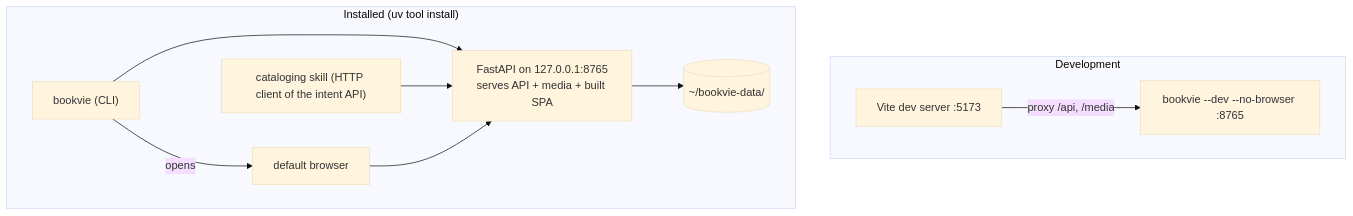
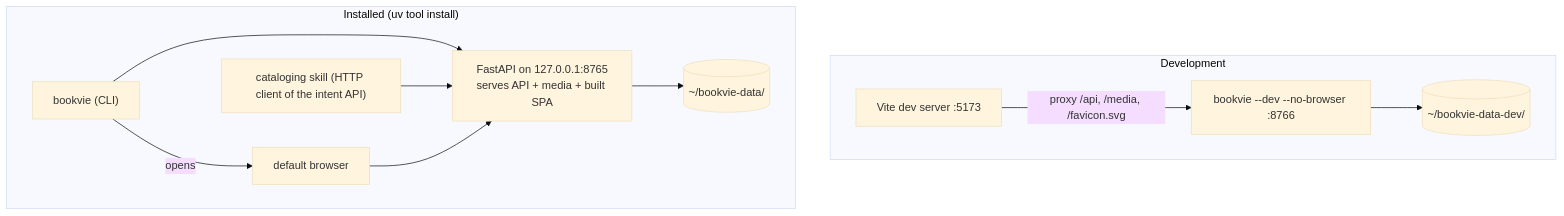
Before and after one commit to olegood/bookvie: the second of 3 diagrams in _bmad-output/planning-artifacts/architecture/architecture-bookvie-2026-10-29/ARCHITECTURE-SPINE.md, drawn with Mermaid (base theme). The commit also changed other lines of this file and 1 other file, not shown here.

First line of the commit message:
docs: plan app-info, dev defaults and the favicon route in the spine (Epic 11)

````diff
--- a/_bmad-output/planning-artifacts/architecture/architecture-bookvie-2026-10-29/ARCHITECTURE-SPINE.md
+++ b/_bmad-output/planning-artifacts/architecture/architecture-bookvie-2026-10-29/ARCHITECTURE-SPINE.md
@@ -325,13 +331,14 @@
 ```mermaid
 flowchart TB
   subgraph dev["Development"]
-    V[Vite dev server :5173] -- "proxy /api, /media" --> U["bookvie --dev --no-browser :8765"]
+    V[Vite dev server :5173] -- "proxy /api, /media, /favicon.svg" --> U["bookvie --dev --no-browser :8766"]
+    U --> DD[("~/bookvie-data-dev/")]
   end
   subgraph prod["Installed (uv tool install)"]
     C["bookvie (CLI)"] --> S["FastAPI on 127.0.0.1:8765<br/>serves API + media + built SPA"]
     C -- opens --> B[default browser]
     AG["cataloging skill (HTTP client of the intent API)"] --> S
     B --> S
     S --> D[("~/bookvie-data/")]
   end
 ```
````
